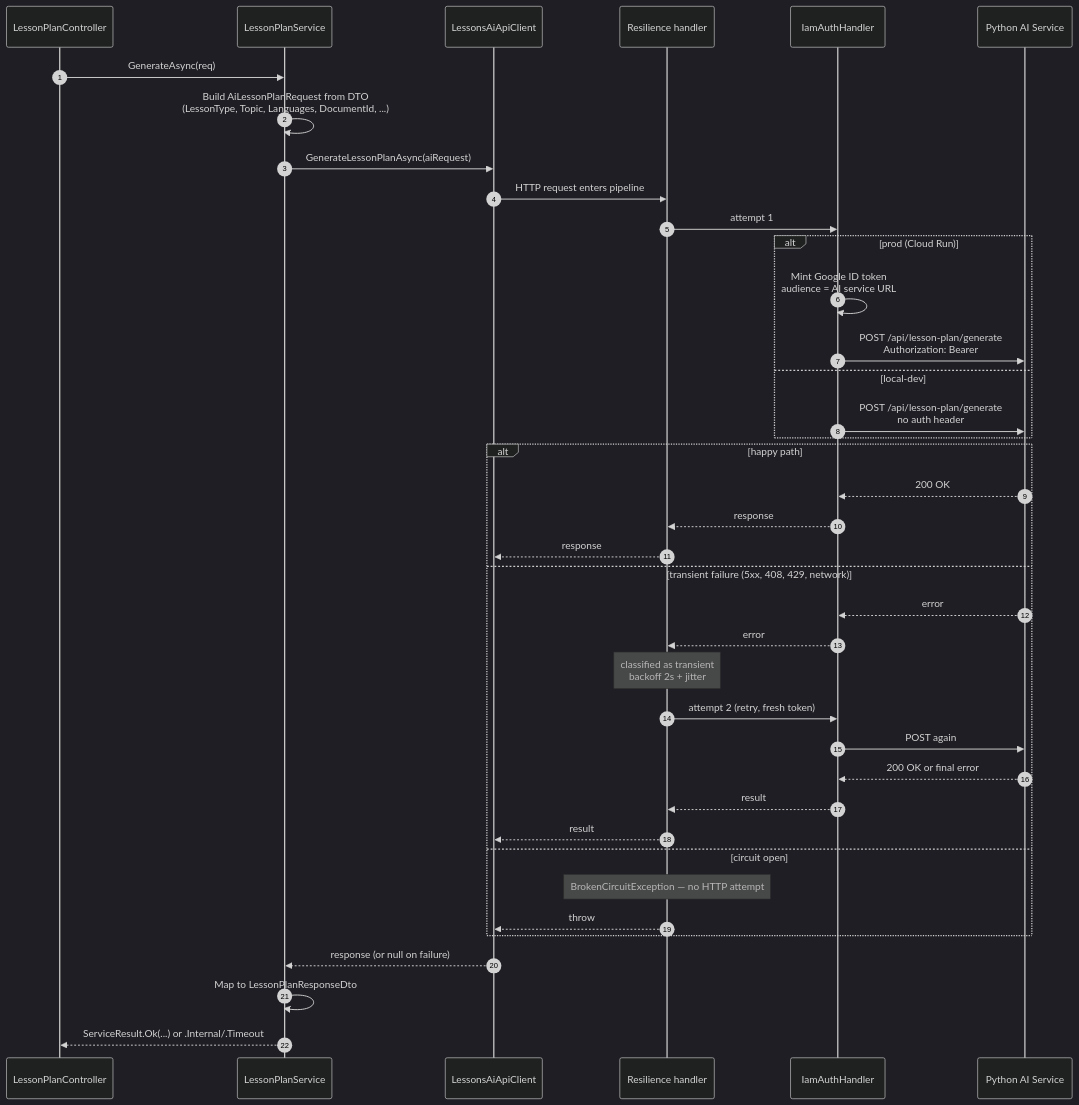
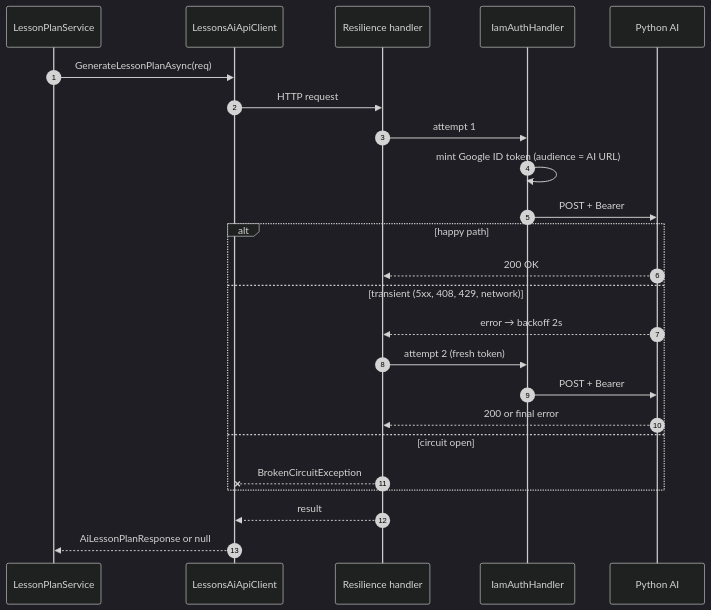
Before and after one commit to Dockdep/LessonHub: the fifth of 5 diagrams in diagrams/backend/06-flows.md, drawn with Mermaid (dark theme). The commit also changed other lines of this file and 36 other files, not shown here.

````diff
--- a/diagrams/backend/06-flows.md
+++ b/diagrams/backend/06-flows.md
@@ -217,44 +132,27 @@
 ```mermaid
 sequenceDiagram
   autonumber
-  participant API as LessonPlanController
-  participant LPS as LessonPlanService
+  participant Svc as LessonPlanService
   participant Client as LessonsAiApiClient
   participant Res as Resilience handler
   participant Iam as IamAuthHandler
-  participant AI as Python AI Service
+  participant AI as Python AI
 
-  API->>LPS: GenerateAsync(req)
-  LPS->>LPS: Build AiLessonPlanRequest from DTO<br/>(LessonType, Topic, Languages, DocumentId, ...)
-  LPS->>Client: GenerateLessonPlanAsync(aiRequest)
-  Client->>Res: HTTP request enters pipeline
+  Svc->>Client: GenerateLessonPlanAsync(req)
+  Client->>Res: HTTP request
   Res->>Iam: attempt 1
-  alt prod (Cloud Run)
-    Iam->>Iam: Mint Google ID token<br/>audience = AI service URL
-    Iam->>AI: POST /api/lesson-plan/generate<br/>Authorization: Bearer
-  else local-dev
-    Iam->>AI: POST /api/lesson-plan/generate<br/>no auth header
+  Iam->>Iam: mint Google ID token (audience = AI URL)
+  Iam->>AI: POST + Bearer
+  alt happy path
+    AI-->>Res: 200 OK
+  else transient (5xx, 408, 429, network)
+    AI-->>Res: error → backoff 2s
+    Res->>Iam: attempt 2 (fresh token)
+    Iam->>AI: POST + Bearer
+    AI-->>Res: 200 or final error
+  else circuit open
+    Res--xClient: BrokenCircuitException
   end
-
-  alt happy path
-    AI-->>Iam: 200 OK
-    Iam-->>Res: response
-    Res-->>Client: response
-  else transient failure (5xx, 408, 429, network)
-    AI-->>Iam: error
-    Iam-->>Res: error
-    Note over Res: classified as transient<br/>backoff 2s + jitter
-    Res->>Iam: attempt 2 (retry, fresh token)
-    Iam->>AI: POST again
-    AI-->>Iam: 200 OK or final error
-    Iam-->>Res: result
-    Res-->>Client: result
-  else circuit open
-    Note over Res: BrokenCircuitException — no HTTP attempt
-    Res-->>Client: throw
-  end
-
-  Client-->>LPS: response (or null on failure)
-  LPS->>LPS: Map to LessonPlanResponseDto
-  LPS-->>API: ServiceResult.Ok(...) or .Internal/.Timeout
+  Res-->>Client: result
+  Client-->>Svc: AiLessonPlanResponse or null
 ```
````
